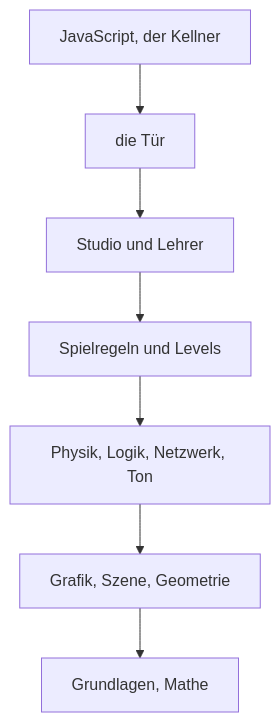
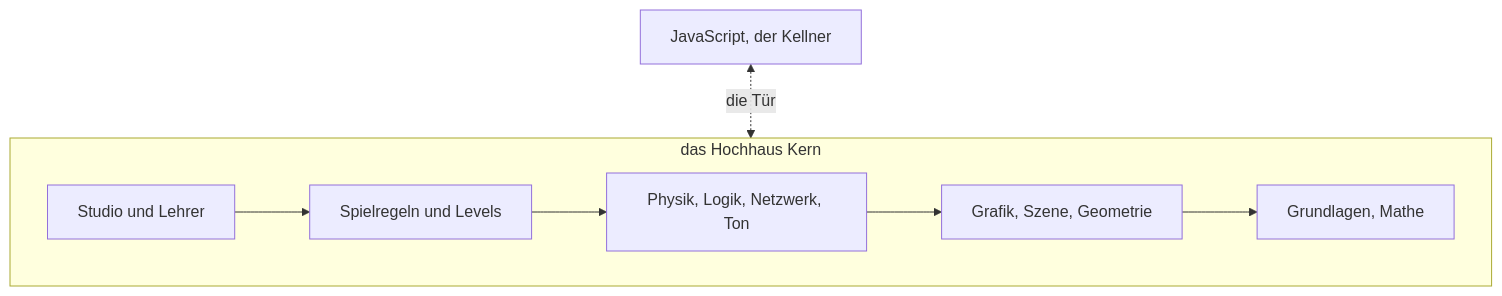
Before and after one commit to ChristianHohlfeld/kernengine.de: the diagram in kern/docs/buch-gelb/01-einfuehrung.md, drawn with Mermaid. The commit also changed other lines of this file and 2 other files, not shown here.

````diff
--- a/kern/docs/buch-gelb/01-einfuehrung.md
+++ b/kern/docs/buch-gelb/01-einfuehrung.md
@@ -133,9 +153,10 @@
 ```mermaid
 flowchart TD
-  JS["JavaScript, der Kellner"] --> ABI["die Tür"]
-  ABI --> ST["Studio und Lehrer"]
-  ST --> SP["Spielregeln und Levels"]
-  SP --> MID["Physik, Logik, Netzwerk, Ton"]
-  MID --> GFX["Grafik, Szene, Geometrie"]
-  GFX --> CORE["Grundlagen, Mathe"]
+  JS["JavaScript, der Kellner"] <-. "die Tür" .-> HAUS
+  subgraph HAUS["das Hochhaus Kern"]
+    ST["Studio und Lehrer"] --> SP["Spielregeln und Levels"]
+    SP --> MID["Physik, Logik, Netzwerk, Ton"]
+    MID --> GFX["Grafik, Szene, Geometrie"]
+    GFX --> CORE["Grundlagen, Mathe"]
+  end
 ```
````
